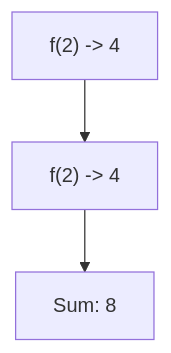
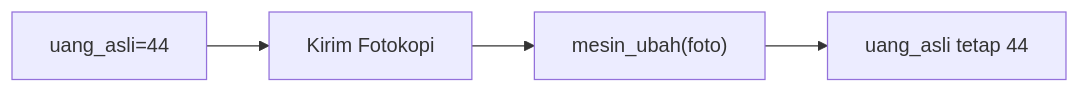
Diagram 12 of 25 in part-c-pemahaman-cpp/04-fungsi/latihan/set-05.md (amnahwaida/OSNK_INF_PREP), drawn with Mermaid before and after one commit. The commit also changed other lines of this file and 71 other files, not shown here.

````diff
--- a/part-c-pemahaman-cpp/04-fungsi/latihan/set-05.md
+++ b/part-c-pemahaman-cpp/04-fungsi/latihan/set-05.md
@@ -314,5 +329,6 @@
 ```mermaid
-graph TD
-A["f(2) -> 4"] --> B["f(2) -> 4"]
-B --> C["Sum: 8"]
+graph LR
+A["uang_asli=44"] --> B["Kirim Fotokopi"]
+B --> C["mesin_ubah(foto)"]
+C --> D["uang_asli tetap 44"]
 ```
````
